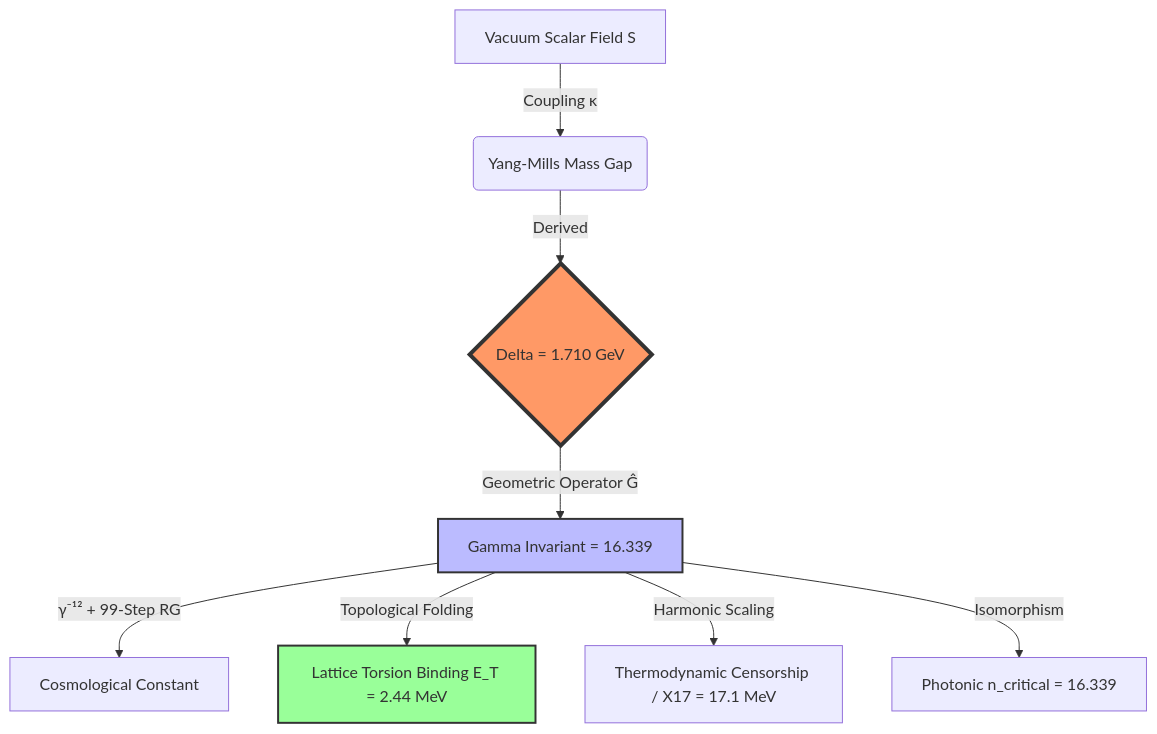
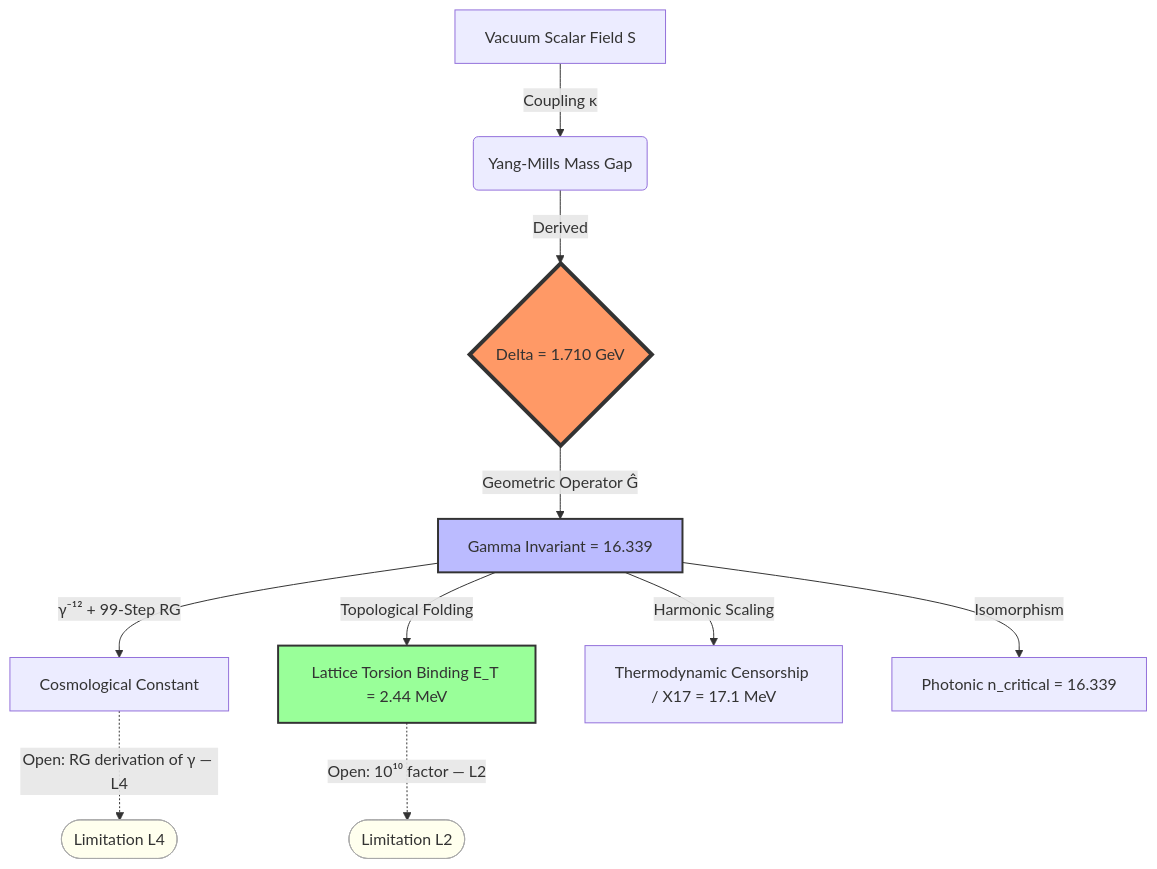
One commit to Mass-Gap/UIDT-Framework-v3.9-Canonical changed the diagram in README.md. Above: the diagram before and after it, drawn with Mermaid. The commit also changed other lines of this file and 2 other files, not shown here.

````diff
--- a/README.md
+++ b/README.md
@@ -89,16 +94,20 @@
 ```mermaid
 graph TD
     A[Vacuum Scalar Field S] -->|Coupling κ| B(Yang-Mills Mass Gap);
     B -->|Derived| C{Delta = 1.710 GeV};
     C -->|Geometric Operator Ĝ| D[Gamma Invariant = 16.339];
-    
+
     D -->|γ⁻¹² + 99-Step RG| E[Cosmological Constant];
     D -->|Topological Folding| F[Lattice Torsion Binding E_T = 2.44 MeV];
     D -->|Harmonic Scaling| G[Thermodynamic Censorship / X17 = 17.1 MeV];
     D -->|Isomorphism| H[Photonic n_critical = 16.339];
-    
+
+    E -.->|Open: RG derivation of γ — L4| I([Limitation L4]);
+    F -.->|Open: 10¹⁰ factor — L2| J([Limitation L2]);
+
     style C fill:#f96,stroke:#333,stroke-width:4px
     style D fill:#bbf,stroke:#333,stroke-width:2px
     style F fill:#9f9,stroke:#333,stroke-width:2px
-
+    style I fill:#ffe,stroke:#aaa,stroke-width:1px
+    style J fill:#ffe,stroke:#aaa,stroke-width:1px
 ```
````
